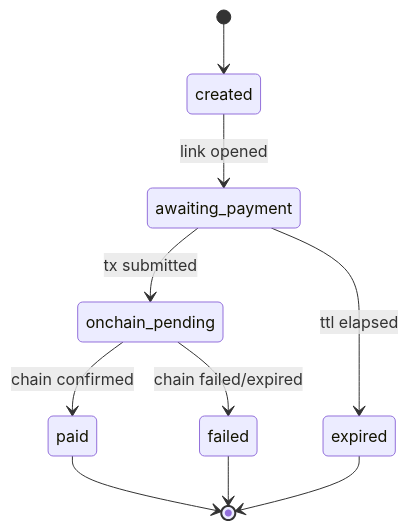
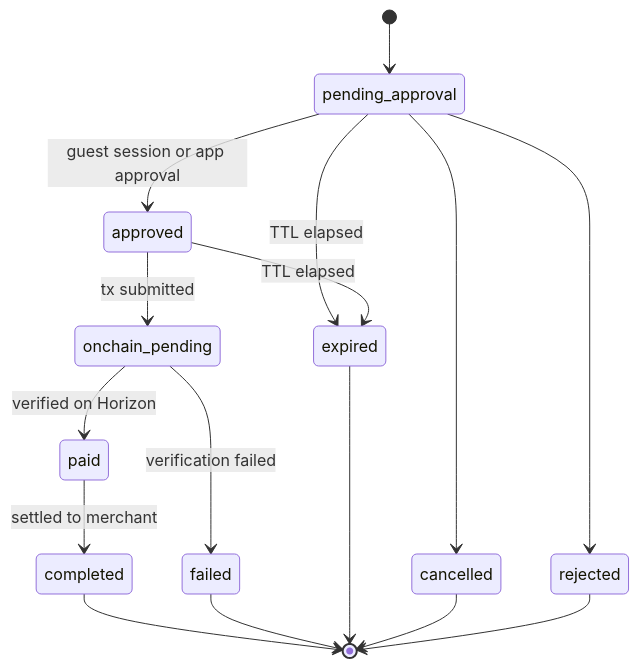
The sixth of 7 diagrams in Fiatsend-Technical-Architecture-SCF43-Integration.md (fiatsend/techical-achitecture), drawn with Mermaid before and after one commit. The commit also changed other lines of this file, not shown here.

First line of the commit message:
Update the SCF43 architecture to what is built and live

````diff
--- a/Fiatsend-Technical-Architecture-SCF43-Integration.md
+++ b/Fiatsend-Technical-Architecture-SCF43-Integration.md
@@ -1068,12 +399,18 @@
 ```mermaid
 stateDiagram-v2
-    [*] --> created
-    created --> awaiting_payment : link opened
-    awaiting_payment --> onchain_pending : tx submitted
-    onchain_pending --> paid : chain confirmed
-    onchain_pending --> failed : chain failed/expired
-    awaiting_payment --> expired : ttl elapsed
-    paid --> [*]
+    [*] --> pending_approval
+    pending_approval --> approved : guest session or app approval
+    approved --> onchain_pending : tx submitted
+    onchain_pending --> paid : verified on Horizon
+    onchain_pending --> failed : verification failed
+    paid --> completed : settled to merchant
+    pending_approval --> cancelled
+    pending_approval --> rejected
+    pending_approval --> expired : TTL elapsed
+    approved --> expired : TTL elapsed
+    completed --> [*]
     failed --> [*]
     expired --> [*]
+    cancelled --> [*]
+    rejected --> [*]
 ```
````
